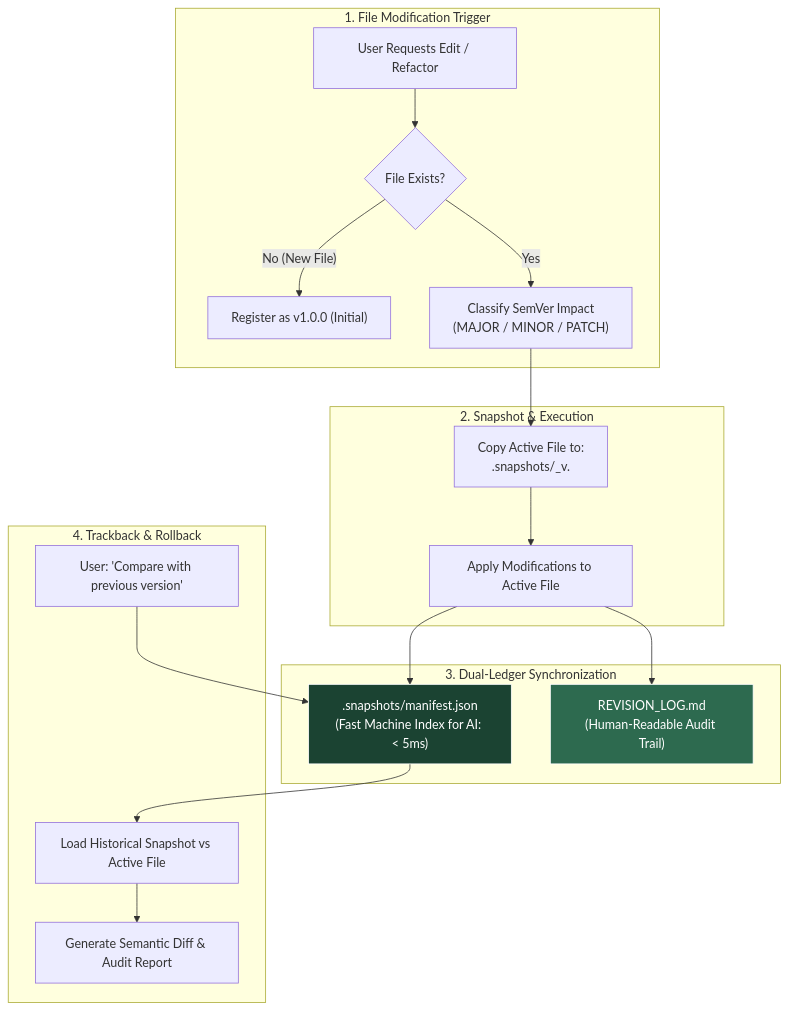
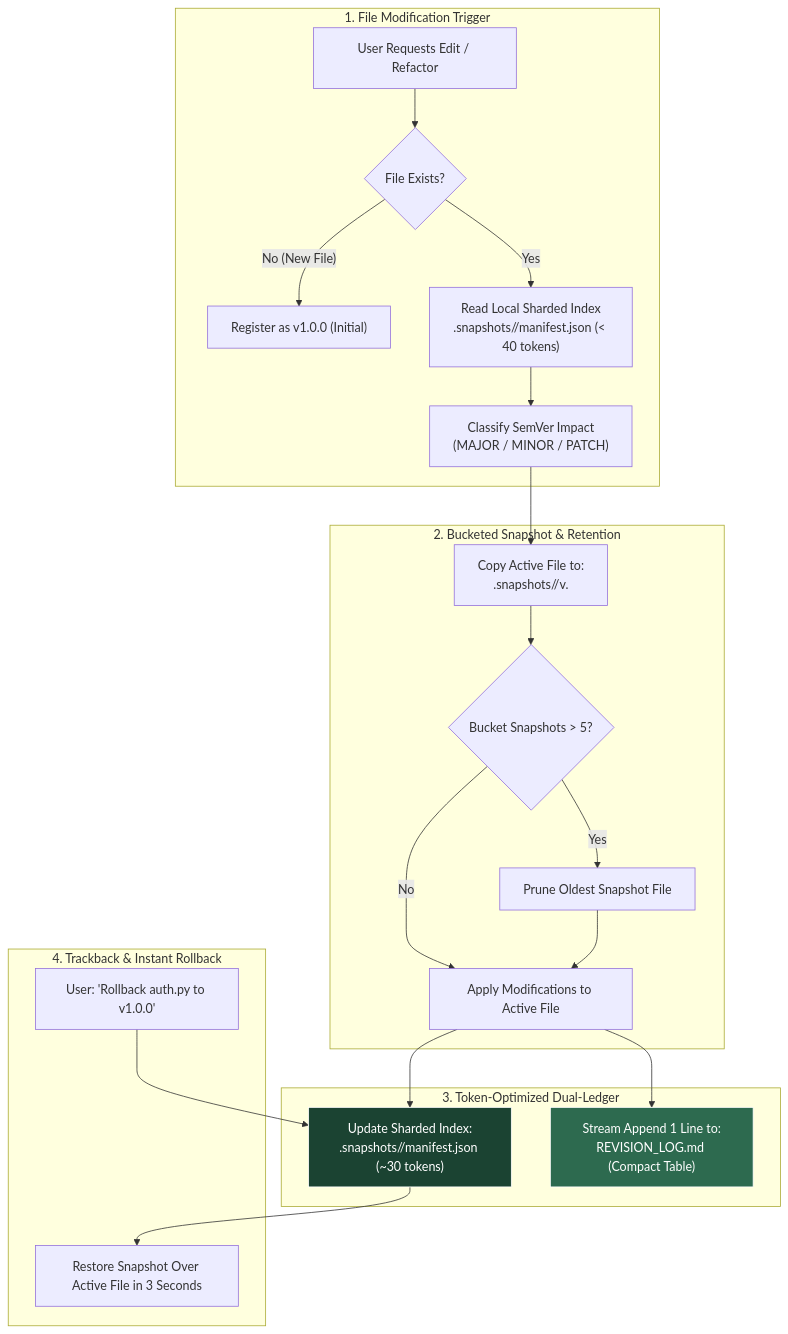
The first of 2 diagrams in README.md (ainullm/agent-checkpoint), drawn with Mermaid before and after one commit. The commit also changed other lines of this file and 12 other files, not shown here.

Commit message:
feat: release Agent-Checkpoint v2.0 Turbo with hierarchical bucketing, sliding window retention (K<=5), and 80% token optimization

````diff
--- a/README.md
+++ b/README.md
@@ -60,27 +54,30 @@
 ```mermaid
 flowchart TD
     subgraph Trigger ["1. File Modification Trigger"]
         A["User Requests Edit / Refactor"] --> B{"File Exists?"}
         B -->|"No (New File)"| C["Register as v1.0.0 (Initial)"]
-        B -->|"Yes"| D["Classify SemVer Impact\n(MAJOR / MINOR / PATCH)"]
+        B -->|"Yes"| D["Read Local Sharded Index\n.snapshots/<filepath>/manifest.json (< 40 tokens)"]
+        D --> E["Classify SemVer Impact\n(MAJOR / MINOR / PATCH)"]
     end
 
-    subgraph CoreEngine ["2. Snapshot & Execution"]
-        D --> E["Copy Active File to:\n.snapshots/<filename>_v<OLD_VERSION>.<ext>"]
-        E --> F["Apply Modifications to Active File"]
+    subgraph CoreEngine ["2. Bucketed Snapshot & Retention"]
+        E --> F["Copy Active File to:\n.snapshots/<filepath>/v<OLD_VERSION>.<ext>"]
+        F --> G{"Bucket Snapshots > 5?"}
+        G -->|"Yes"| H["Prune Oldest Snapshot File"]
+        G -->|"No"| I["Apply Modifications to Active File"]
+        H --> I
     end
 
-    subgraph DualLedger ["3. Dual-Ledger Synchronization"]
-        F --> G[".snapshots/manifest.json\n(Fast Machine Index for AI: < 5ms)"]
-        F --> H["REVISION_LOG.md\n(Human-Readable Audit Trail)"]
+    subgraph DualLedger ["3. Token-Optimized Dual-Ledger"]
+        I --> J["Update Sharded Index:\n.snapshots/<filepath>/manifest.json (~30 tokens)"]
+        I --> K["Stream Append 1 Line to:\nREVISION_LOG.md (Compact Table)"]
     end
 
-    subgraph Retrieval ["4. Trackback & Rollback"]
-        I["User: 'Compare with previous version'"] --> G
-        G --> J["Load Historical Snapshot vs Active File"]
-        J --> K["Generate Semantic Diff & Audit Report"]
+    subgraph Retrieval ["4. Trackback & Instant Rollback"]
+        L["User: 'Rollback auth.py to v1.0.0'"] --> J
+        J --> M["Restore Snapshot Over Active File in 3 Seconds"]
     end
 
-    style G fill:#1b4332,color:#fff,stroke:#fff
-    style H fill:#2d6a4f,color:#fff,stroke:#fff
+    style J fill:#1b4332,color:#fff,stroke:#fff
+    style K fill:#2d6a4f,color:#fff,stroke:#fff
 ```
````
